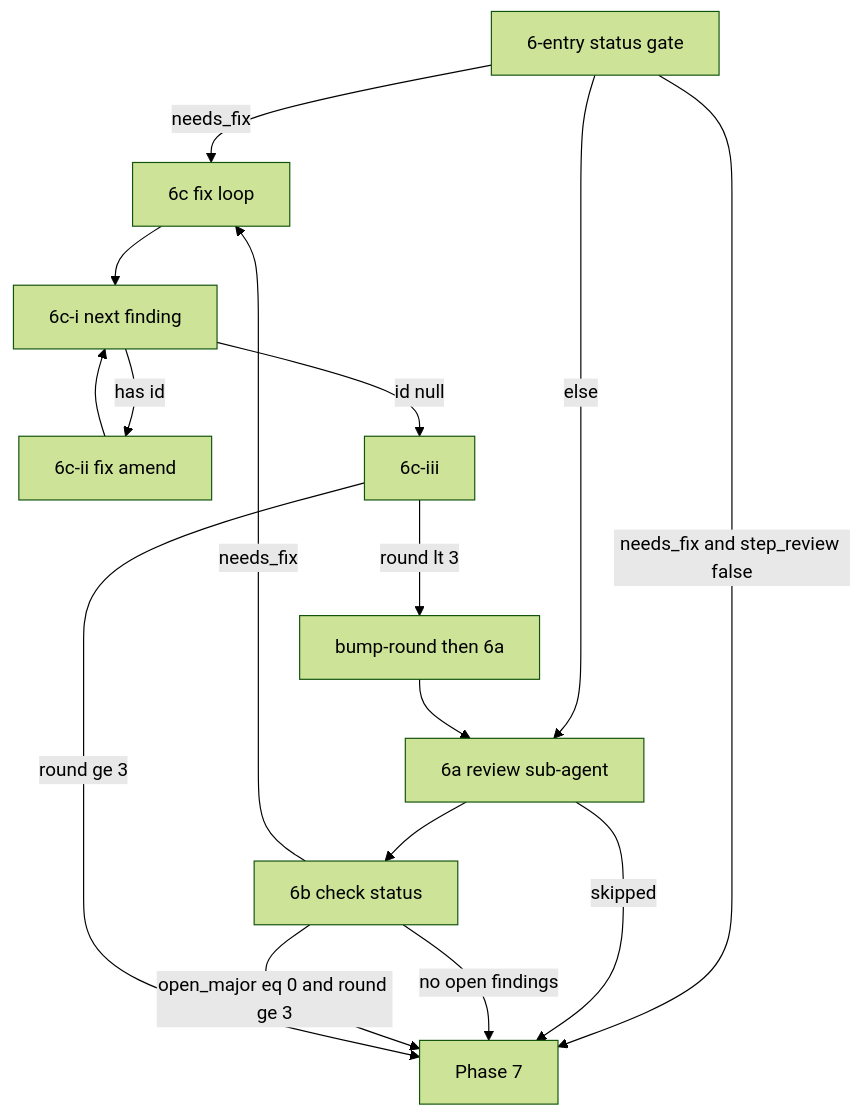
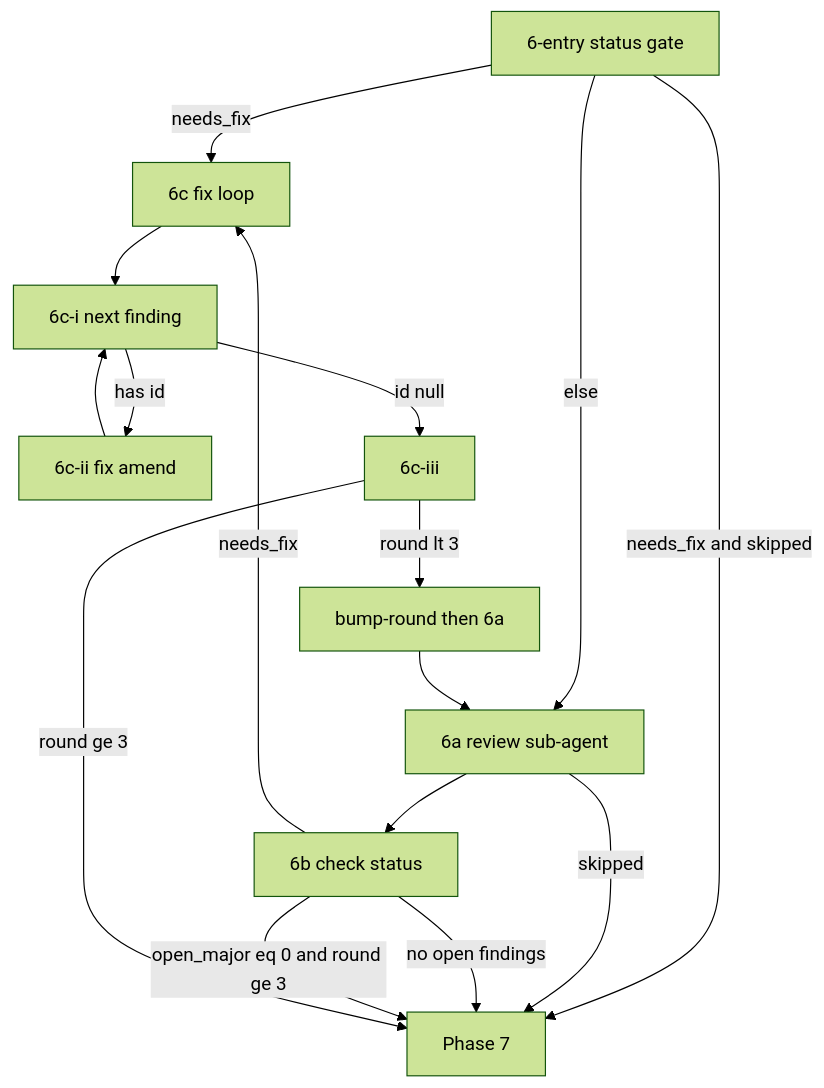
One commit to jiangxin/spex changed the diagram in skills/spex/references/apply-review-loop.md. Above: the diagram before and after it, drawn with Mermaid (forest theme). The commit also changed other lines of this file and 4 other files, not shown here.

First line of the commit message:
docs(sop): single step_review probe; polish short cmds

````diff
--- a/skills/spex/references/apply-review-loop.md
+++ b/skills/spex/references/apply-review-loop.md
@@ -14,18 +14,18 @@
 ```mermaid
 flowchart TD
-    entry[6-entry status gate] -->|needs_fix and step_review false| phase7[Phase 7]
+    entry[6-entry status gate] -->|needs_fix and skipped| phase7[Phase 7]
     entry -->|needs_fix| fix[6c fix loop]
     entry -->|else| review[6a review sub-agent]
     review -->|skipped| phase7
     review --> check[6b check status]
     check -->|no open findings| phase7
     check -->|open_major eq 0 and round ge 3| phase7
     check -->|needs_fix| fix
     fix --> pick[6c-i next finding]
     pick -->|has id| oneFix[6c-ii fix amend]
     oneFix --> pick
     pick -->|id null| bumpOrDone[6c-iii]
     bumpOrDone -->|round lt 3| bump[bump-round then 6a]
     bump --> review
     bumpOrDone -->|round ge 3| phase7
 ```
````
